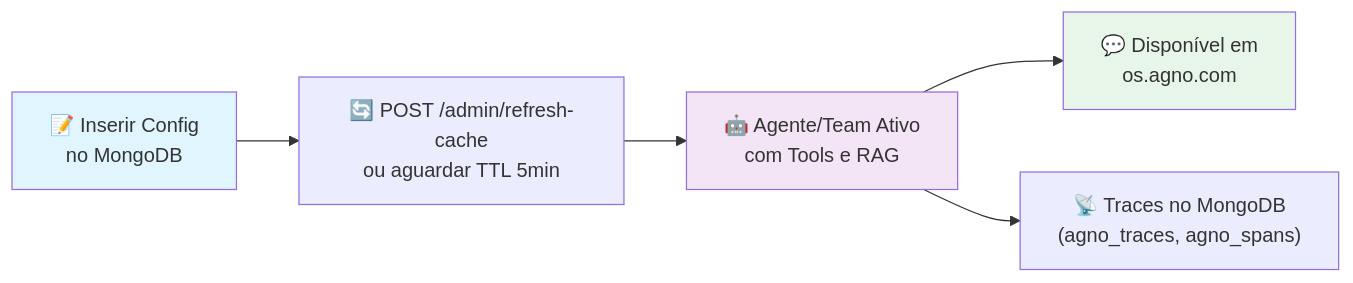
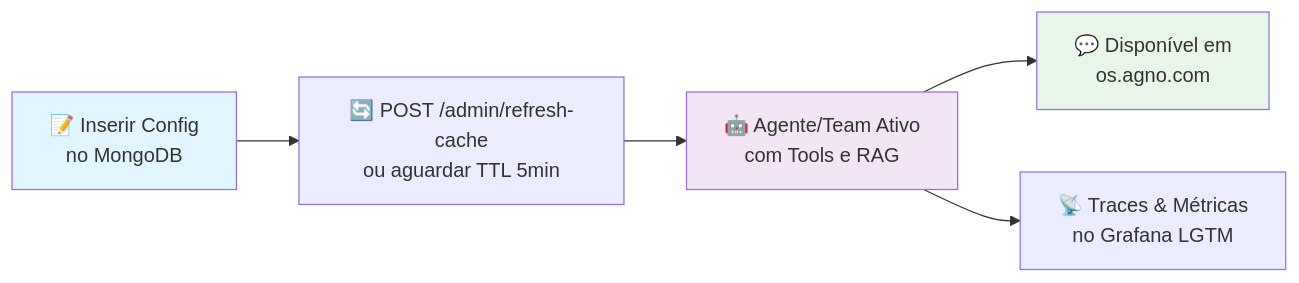
One commit to Mosfet04/orquestradorIAPythonArgo changed the third of 4 diagrams in README.pt-br.md. Above: the diagram before and after it, drawn with Mermaid. The commit also changed other lines of this file and 10 other files, not shown here.

Commit message:
Adiciona suporte a métricas de telemetria e observabilidade via Grafana LGTM; implementa middleware para registro de métricas de agentes e teams, além de testes unitários para garantir a funcionalidade.

````diff
--- a/README.pt-br.md
+++ b/README.pt-br.md
@@ -341,11 +342,11 @@
 ```mermaid
 graph LR
     A["📝 Inserir Config<br/>no MongoDB"] --> B["🔄 POST /admin/refresh-cache<br/>ou aguardar TTL 5min"]
     B --> C["🤖 Agente/Team Ativo<br/>com Tools e RAG"]
     C --> D["💬 Disponível em<br/>os.agno.com"]
-    C --> E["📡 Traces no MongoDB<br/>(agno_traces, agno_spans)"]
+    C --> E["📡 Traces & Métricas<br/>no Grafana LGTM"]
 
     style A fill:#e1f5fe
     style C fill:#f3e5f5
     style D fill:#e8f5e9
 ```
````
